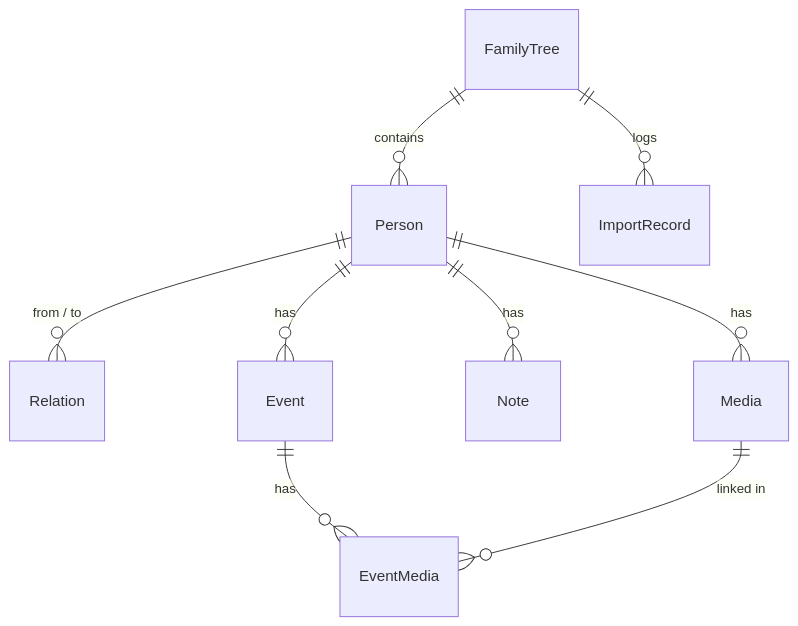
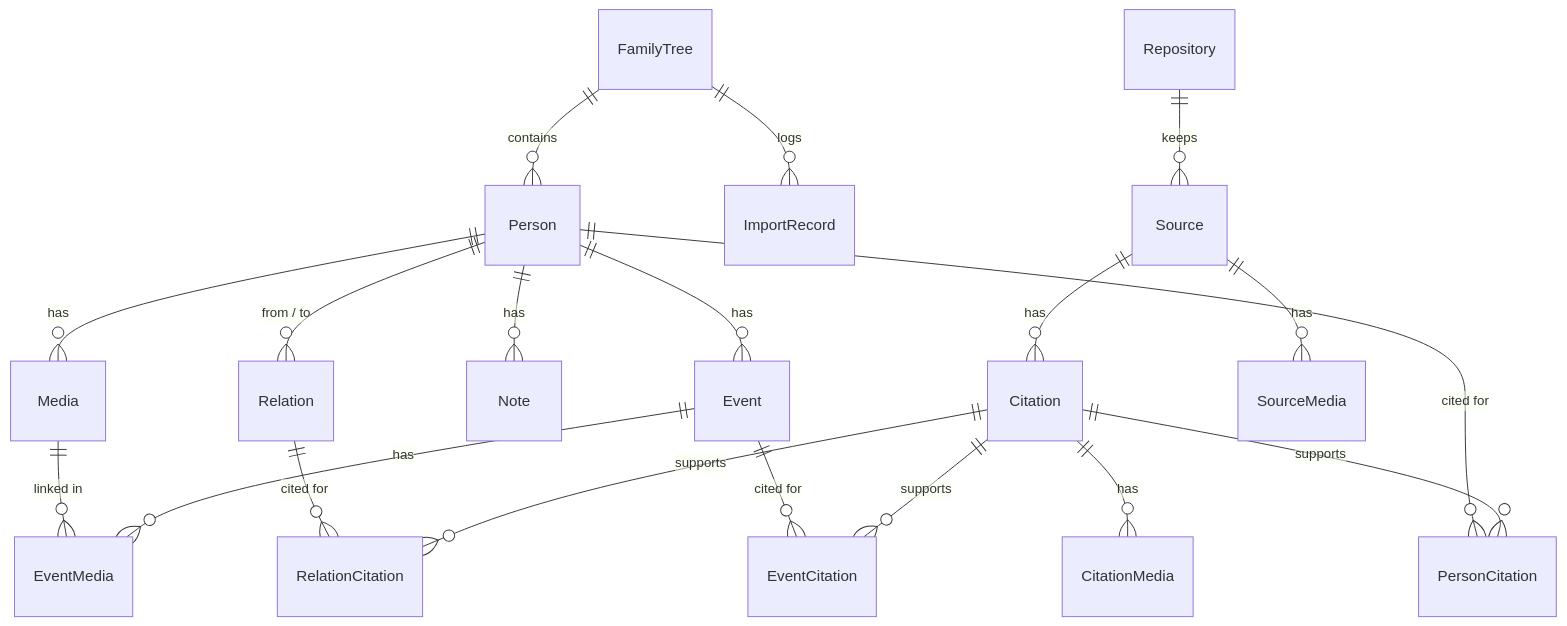
One commit to Orodion/Cognatio changed the second of 2 diagrams in documentation/architecture.md. Above: the diagram before and after it, drawn with Mermaid. The commit also changed other lines of this file and 432 other files, not shown here.

````diff
--- a/documentation/architecture.md
+++ b/documentation/architecture.md
@@ -85,11 +87,21 @@
 ```mermaid
 erDiagram
   FamilyTree ||--o{ Person : contains
   FamilyTree ||--o{ ImportRecord : logs
   Person ||--o{ Relation : "from / to"
   Person ||--o{ Event : has
   Person ||--o{ Note : has
   Person ||--o{ Media : has
   Event  ||--o{ EventMedia : has
   Media  ||--o{ EventMedia : "linked in"
+  Repository ||--o{ Source : keeps
+  Source ||--o{ Citation : has
+  Source ||--o{ SourceMedia : has
+  Citation ||--o{ CitationMedia : has
+  Citation ||--o{ PersonCitation : supports
+  Citation ||--o{ EventCitation : supports
+  Citation ||--o{ RelationCitation : supports
+  Person ||--o{ PersonCitation : "cited for"
+  Event ||--o{ EventCitation : "cited for"
+  Relation ||--o{ RelationCitation : "cited for"
 ```
````
